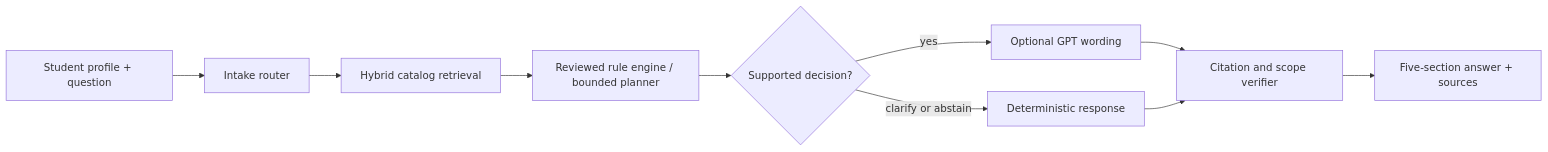
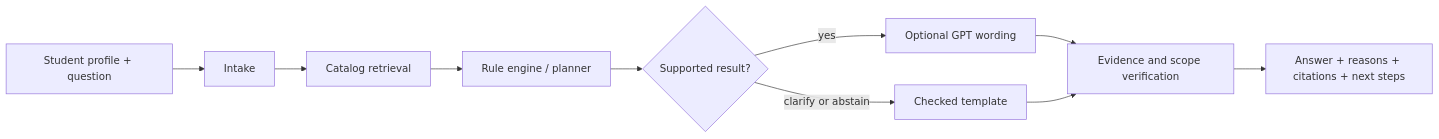
One commit to CandidMasterGajendra/Prerequisite-course-planning-assistant changed the diagram in README.md. Above: the diagram before and after it, drawn with Mermaid. The commit also changed other lines of this file, not shown here.

````diff
--- a/README.md
+++ b/README.md
@@ -32,12 +23,12 @@
 ```mermaid
 flowchart LR
-    A[Student profile + question] --> B[Intake router]
-    B --> C[Hybrid catalog retrieval]
-    C --> D[Reviewed rule engine / bounded planner]
-    D --> E{Supported decision?}
+    A[Student profile + question] --> B[Intake]
+    B --> C[Catalog retrieval]
+    C --> D[Rule engine / planner]
+    D --> E{Supported result?}
     E -->|yes| F[Optional GPT wording]
-    E -->|clarify or abstain| G[Deterministic response]
-    F --> H[Citation and scope verifier]
+    E -->|clarify or abstain| G[Checked template]
+    F --> H[Evidence and scope verification]
     G --> H
-    H --> I[Five-section answer + sources]
+    H --> I[Answer + reasons + citations + next steps]
 ```
````
